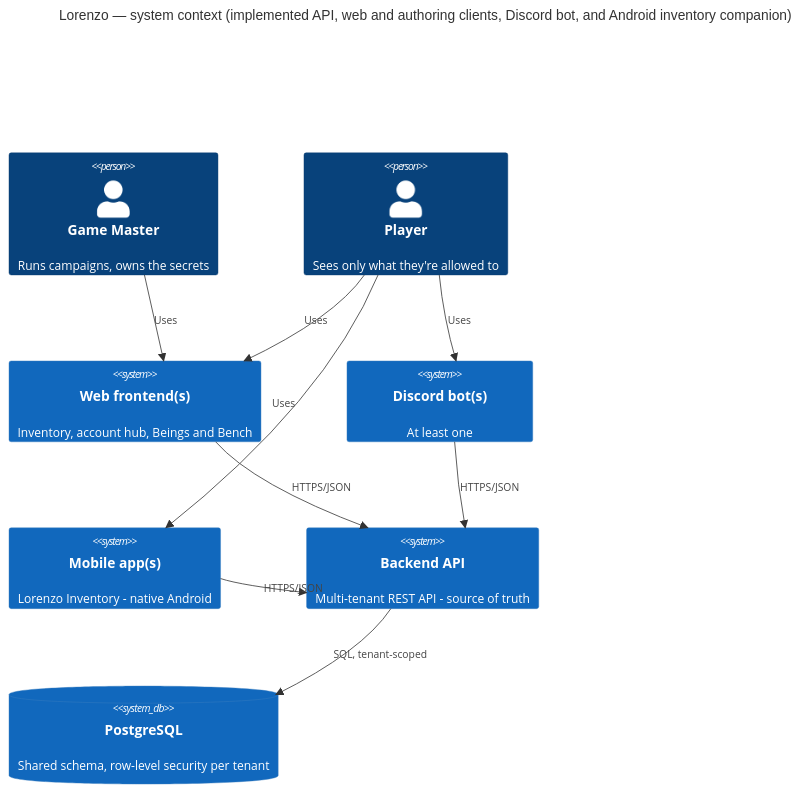
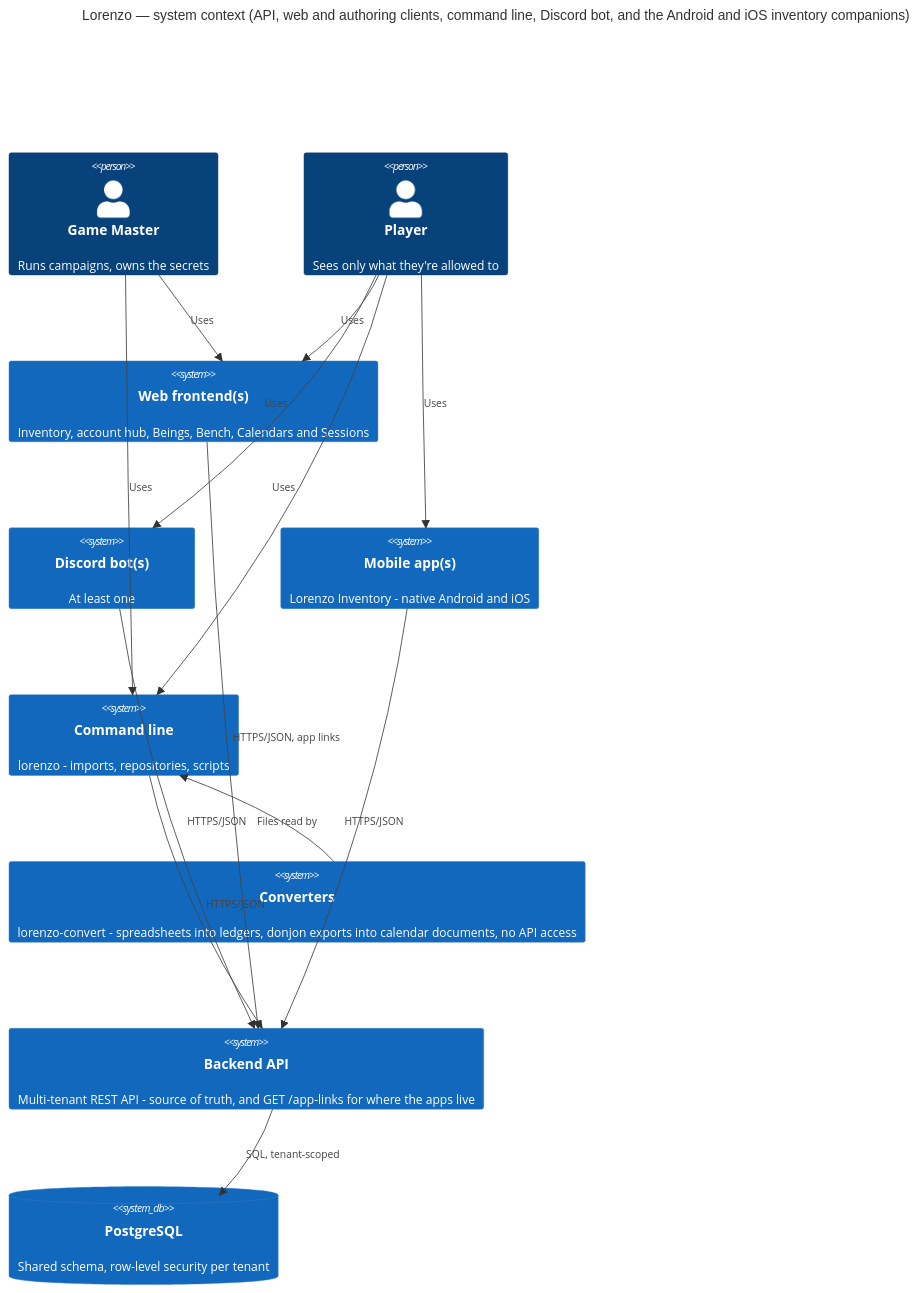
Before and after one commit to ramsesoriginal/lorenzo: the diagram in docs/architecture/diagrams/system-context.md, drawn with Mermaid. The commit also changed other lines of this file and 27 other files, not shown here.

First line of the commit message:
docs: bring the documentation up to date with calendars, sessions and iOS

````diff
--- a/docs/architecture/diagrams/system-context.md
+++ b/docs/architecture/diagrams/system-context.md
@@ -3,22 +3,28 @@
 ```mermaid
 C4Context
-  title Lorenzo — system context (implemented API, web and authoring clients, Discord bot, and Android inventory companion)
+  title Lorenzo — system context (API, web and authoring clients, command line, Discord bot, and the Android and iOS inventory companions)
 
   Person(gm, "Game Master", "Runs campaigns, owns the secrets")
   Person(player, "Player", "Sees only what they're allowed to")
 
-  System(web, "Web frontend(s)", "Inventory, account hub, Beings and Bench")
+  System(web, "Web frontend(s)", "Inventory, account hub, Beings, Bench, Calendars and Sessions")
   System(bot, "Discord bot(s)", "At least one")
-  System(mobile, "Mobile app(s)", "Lorenzo Inventory - native Android")
-  System(api, "Backend API", "Multi-tenant REST API - source of truth")
+  System(mobile, "Mobile app(s)", "Lorenzo Inventory - native Android and iOS")
+  System(cli, "Command line", "lorenzo - imports, repositories, scripts")
+  System(converters, "Converters", "lorenzo-convert - spreadsheets into ledgers, donjon exports into calendar documents, no API access")
+  System(api, "Backend API", "Multi-tenant REST API - source of truth, and GET /app-links for where the apps live")
   SystemDb(db, "PostgreSQL", "Shared schema, row-level security per tenant")
 
   Rel(gm, web, "Uses")
   Rel(player, web, "Uses")
   Rel(player, bot, "Uses")
   Rel(player, mobile, "Uses")
-  Rel(web, api, "HTTPS/JSON")
+  Rel(gm, cli, "Uses")
+  Rel(player, cli, "Uses")
+  Rel(converters, cli, "Files read by")
+  Rel(web, api, "HTTPS/JSON, app links")
   Rel(bot, api, "HTTPS/JSON")
   Rel(mobile, api, "HTTPS/JSON")
+  Rel(cli, api, "HTTPS/JSON")
   Rel(api, db, "SQL, tenant-scoped")
 ```
````
